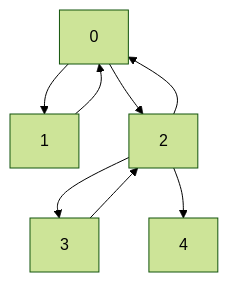
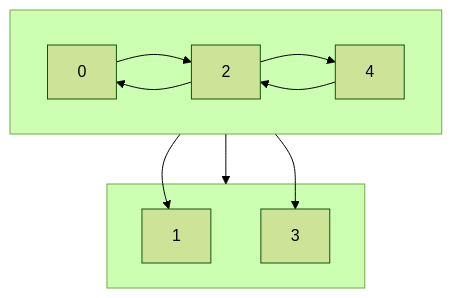
The second of 2 diagrams in README.md (alkasher/Fibonacci_Heap), drawn with Mermaid (forest theme) before and after one commit.

````diff
--- a/README.md
+++ b/README.md
@@ -43,12 +43,17 @@
 ```mermaid
-graph TD;
-    0-->1;
-    1-->0;
-    0-->2;
+flowchart TD
 
-    2-->0;
-    2-->3;
-    3-->2;
+subgraph Z[" "]
+direction LR
+  0 --> 2
+2-->0
+2-->4
+4-->2
+end
 
-    2-->4;
+ subgraph ZA[" "]
+    0-->1
+    2-->3
+end
+Z --> ZA
 ```
````
